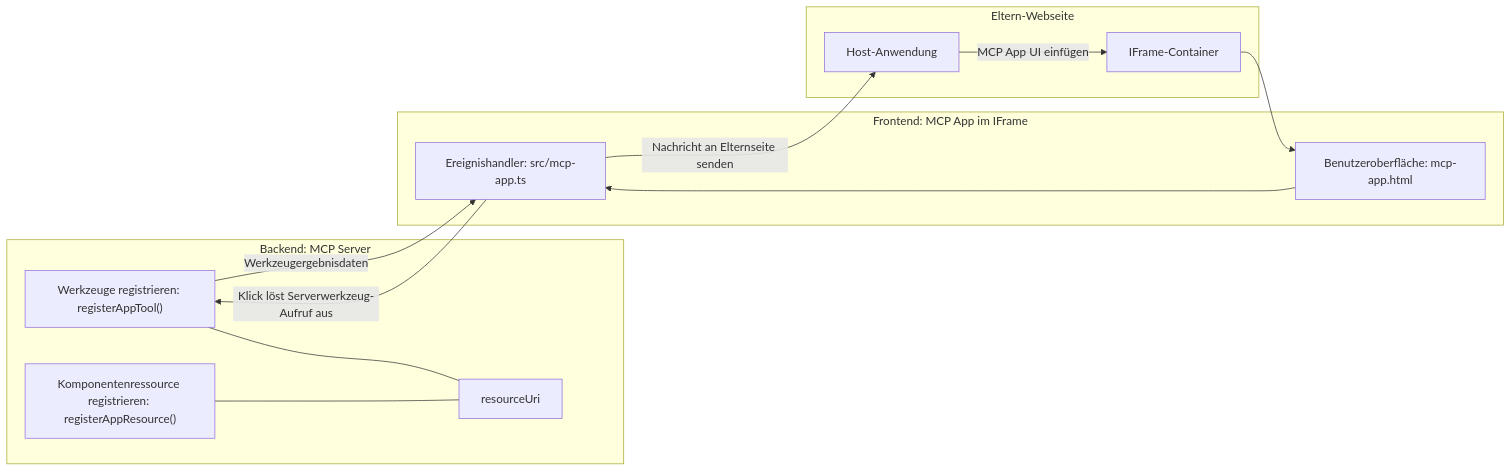
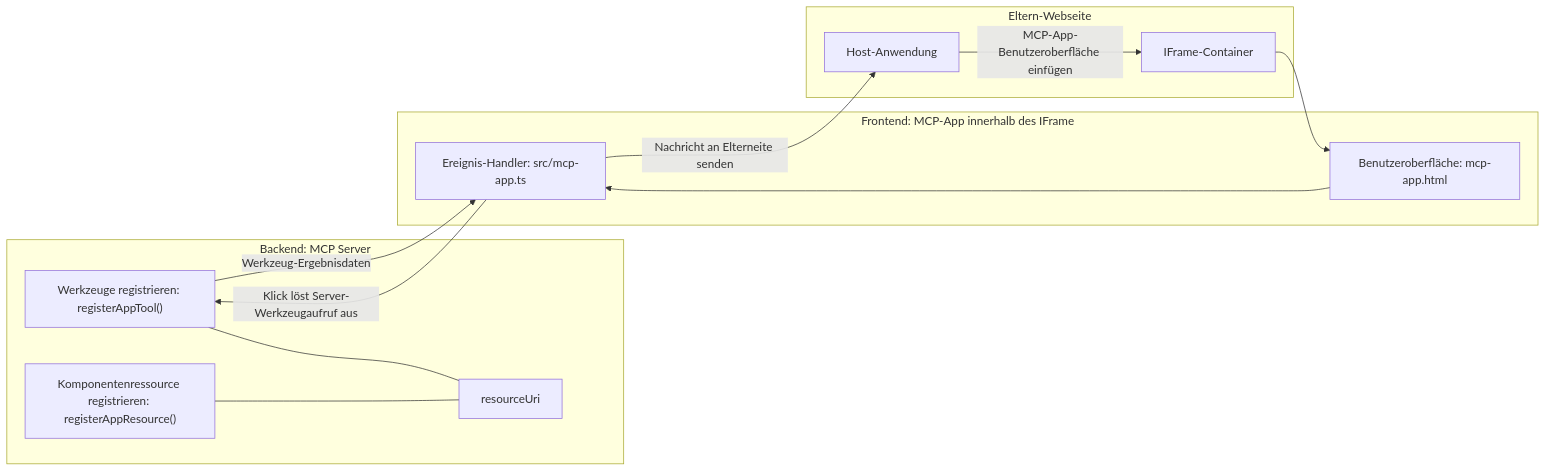
One commit to HIDORAKAI002/ai-workspace-archive changed the diagram in mcp_ecosystem__model_context_protocol/mcp_learning_resources/mcp-for-beginners/translations/de/03-GettingStarted/15-mcp-apps/README.md. Above: the diagram before and after it, drawn with Mermaid. The commit also changed other lines of this file and 1160 other files, not shown here.

````diff
--- a/mcp_ecosystem__model_context_protocol/mcp_learning_resources/mcp-for-beginners/translations/de/03-GettingStarted/15-mcp-apps/README.md
+++ b/mcp_ecosystem__model_context_protocol/mcp_learning_resources/mcp-for-beginners/translations/de/03-GettingStarted/15-mcp-apps/README.md
@@ -32,27 +32,27 @@
 ```mermaid
 flowchart LR
   subgraph Backend[Backend: MCP Server]
     T["Werkzeuge registrieren: registerAppTool()"]
     C["Komponentenressource registrieren: registerAppResource()"]
     U[resourceUri]
     T --- U
     C --- U
   end
 
   subgraph Parent[Eltern-Webseite]
     H[Host-Anwendung]
     IFRAME[IFrame-Container]
-    H -->|MCP App UI einfügen| IFRAME
+    H -->|MCP-App-Benutzeroberfläche einfügen| IFRAME
   end
 
-  subgraph Frontend[Frontend: MCP App im IFrame]
+  subgraph Frontend[Frontend: MCP-App innerhalb des IFrame]
     UI["Benutzeroberfläche: mcp-app.html"]
-    EH["Ereignishandler: src/mcp-app.ts"]
+    EH["Ereignis-Handler: src/mcp-app.ts"]
     UI --> EH
   end
 
   IFRAME --> UI
-  EH -->|Klick löst Serverwerkzeug-Aufruf aus| T
-  T -->|Werkzeugergebnisdaten| EH
-  EH -->|Nachricht an Elternseite senden| H
-```  
+  EH -->|Klick löst Server-Werkzeugaufruf aus| T
+  T -->|Werkzeug-Ergebnisdaten| EH
+  EH -->|Nachricht an Elterneite senden| H
+```
````
